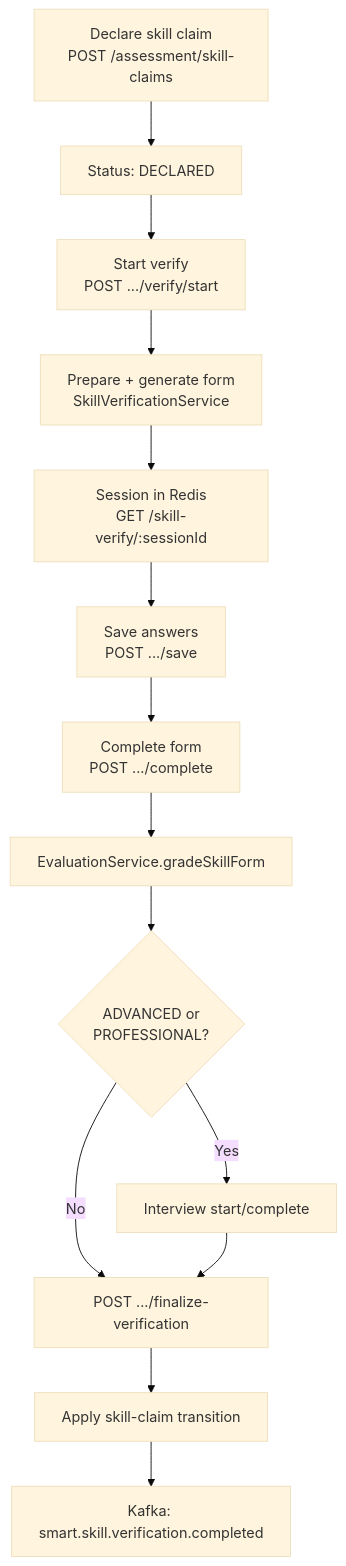
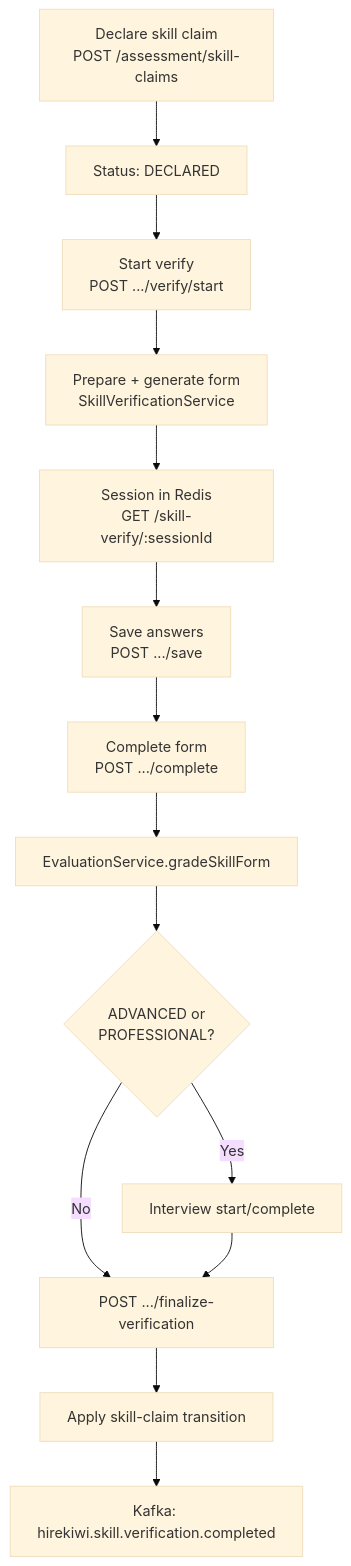
One commit to infinitica-org/HireKiwi changed the second of 3 diagrams in apps/web-docs/content/docs/playbooks/assessment-and-skill-verification-flow.mdx. Above: the diagram before and after it, drawn with Mermaid (base theme). The commit also changed other lines of this file and 44 other files, not shown here.

````diff
--- a/apps/web-docs/content/docs/playbooks/assessment-and-skill-verification-flow.mdx
+++ b/apps/web-docs/content/docs/playbooks/assessment-and-skill-verification-flow.mdx
@@ -200,16 +200,16 @@
 ```mermaid
 flowchart TD
   A[Declare skill claim<br/>POST /assessment/skill-claims] --> B[Status: DECLARED]
   B --> C[Start verify<br/>POST .../verify/start]
   C --> D[Prepare + generate form<br/>SkillVerificationService]
   D --> E[Session in Redis<br/>GET /skill-verify/:sessionId]
   E --> F[Save answers<br/>POST .../save]
   F --> G[Complete form<br/>POST .../complete]
   G --> H[EvaluationService.gradeSkillForm]
   H --> I{ADVANCED or<br/>PROFESSIONAL?}
   I -->|Yes| J[Interview start/complete]
   I -->|No| K[Finalize]
   J --> K[POST .../finalize-verification]
   K --> L[Apply skill-claim transition]
-  L --> M[Kafka: smart.skill.verification.completed]
+  L --> M[Kafka: hirekiwi.skill.verification.completed]
 ```
````
